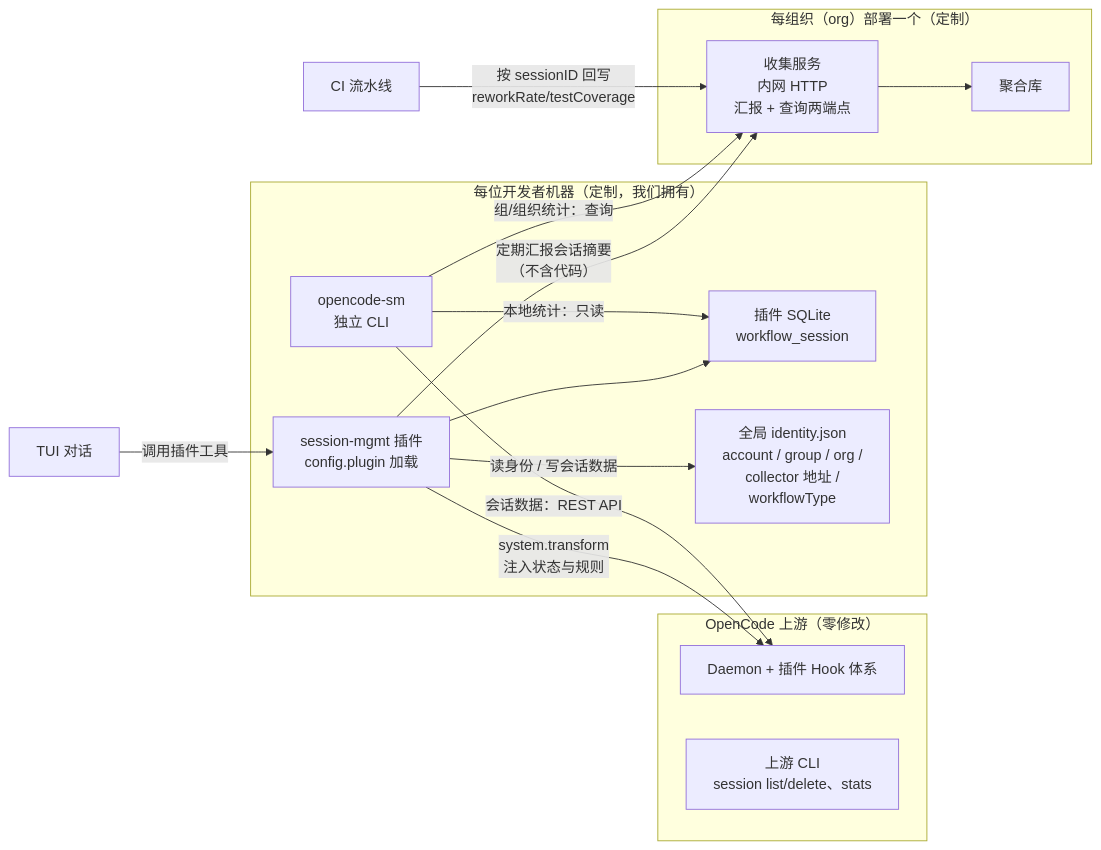
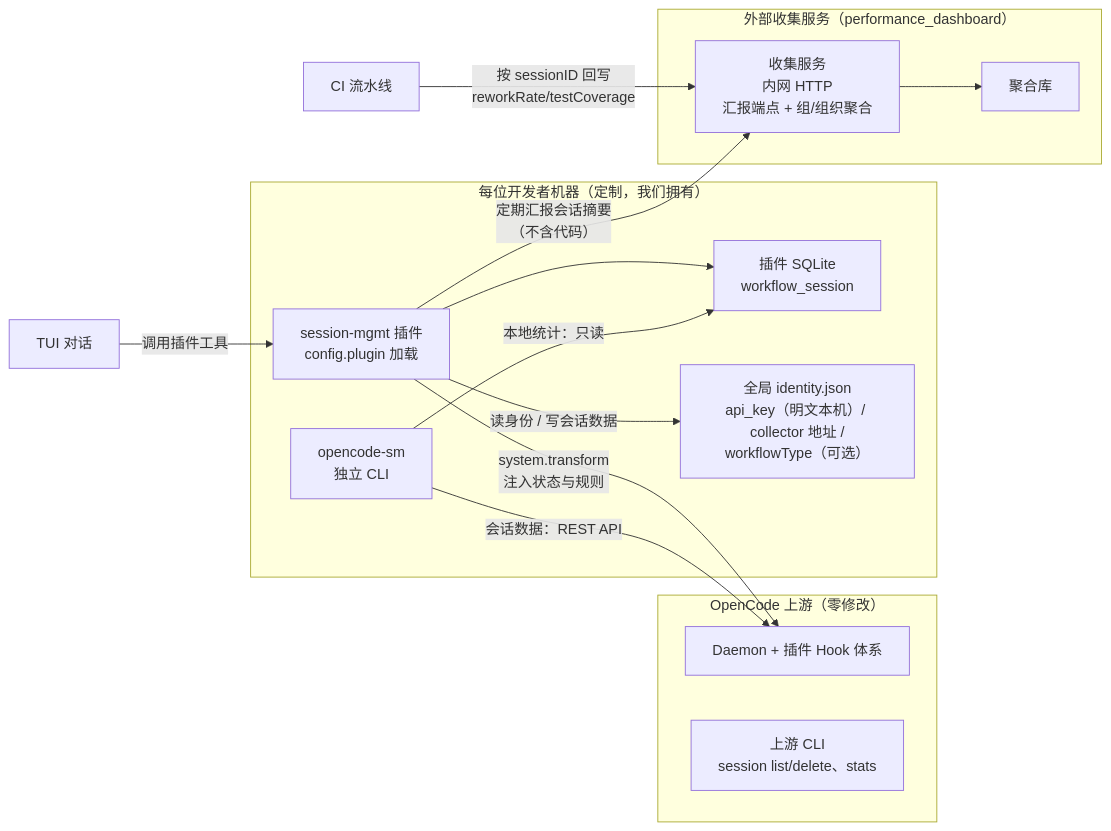
The sixth of 16 diagrams in opencode-session-mgmt/docs/session-management.md (wonglaitung/opencode), drawn with Mermaid before and after one commit. The commit also changed other lines of this file and 37 other files, not shown here.

First line of the commit message:
refactor(session-mgmt): identify by api_key hash, retire in-repo collector

````diff
--- a/opencode-session-mgmt/docs/session-management.md
+++ b/opencode-session-mgmt/docs/session-management.md
@@ -284,30 +284,30 @@
 ```mermaid
 flowchart LR
     subgraph Upstream["OpenCode 上游（零修改）"]
         Daemon["Daemon + 插件 Hook 体系"]
         UpCLI["上游 CLI<br/>session list/delete、stats"]
     end
 
     subgraph Local["每位开发者机器（定制，我们拥有）"]
         Plugin["session-mgmt 插件<br/>config.plugin 加载"]
         PluginDB["插件 SQLite<br/>workflow_session"]
-        ID["全局 identity.json<br/>account / group / org /<br/>collector 地址 /<br/>workflowType"]
+        ID["全局 identity.json<br/>api_key（明文本机）/ collector 地址 /<br/>workflowType（可选）"]
         SM["opencode-sm<br/>独立 CLI"]
     end
 
-    subgraph OrgSvc["每组织（org）部署一个（定制）"]
-        Collector["收集服务<br/>内网 HTTP<br/>汇报 + 查询两端点"]
+    subgraph OrgSvc["外部收集服务（performance_dashboard）"]
+        Collector["收集服务<br/>内网 HTTP<br/>汇报端点 + 组/组织聚合"]
         AggDB["聚合库"]
     end
 
     TUI["TUI 对话"] -->|"调用插件工具"| Plugin
     Plugin -->|"system.transform<br/>注入状态与规则"| Daemon
     Plugin -->|"读身份 / 写会话数据"| ID
     Plugin --> PluginDB
     Plugin -->|"定期汇报会话摘要<br/>（不含代码）"| Collector
     Collector --> AggDB
-    SM -->|"本地统计：只读"| PluginDB
-    SM -->|"会话数据：REST API"| Daemon
-    SM -->|"组/组织统计：查询"| Collector
-    CI["CI 流水线"] -->|"按 sessionID 回写<br/>reworkRate/testCoverage"| Collector
+     SM -->|"本地统计：只读"| PluginDB
+     SM -->|"会话数据：REST API"| Daemon
+     %% CLI 不再直查收集服务；组/组织聚合由收集服务对外提供（外部看板使用）
+     CI["CI 流水线"] -->|"按 sessionID 回写<br/>reworkRate/testCoverage"| Collector
 ```
````
